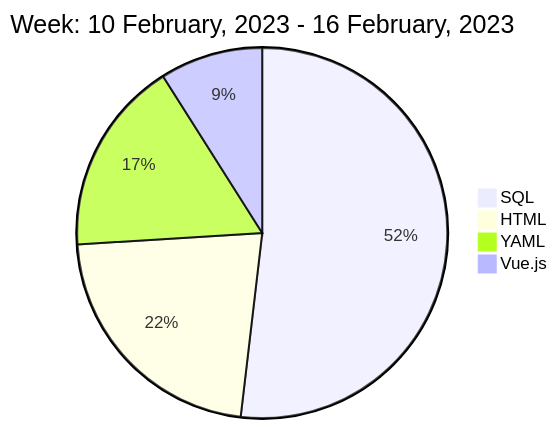
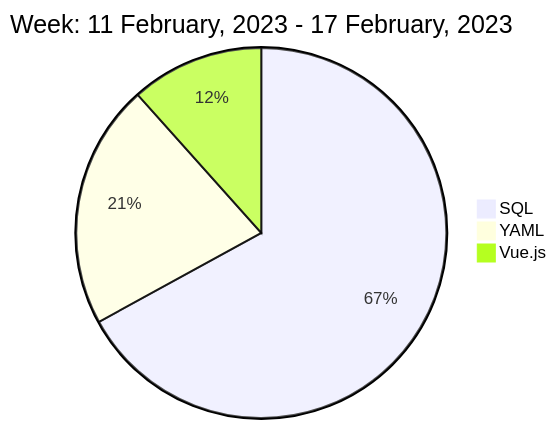
Before and after one commit to liubin95/liubin95: the diagram in README.md, drawn with Mermaid.

Commit message:
Updated the Graph with new Metrics

````diff
--- a/README.md
+++ b/README.md
@@ -40,8 +40,7 @@
 ```mermaid
  pie
-title Week: 10 February, 2023 - 16 February, 2023
+title Week: 11 February, 2023 - 17 February, 2023
  "SQL" : 4.33
- "HTML" : 1.85
- "YAML" : 1.42
+ "YAML" : 1.38
  "Vue.js" : 0.75
 ```
````
